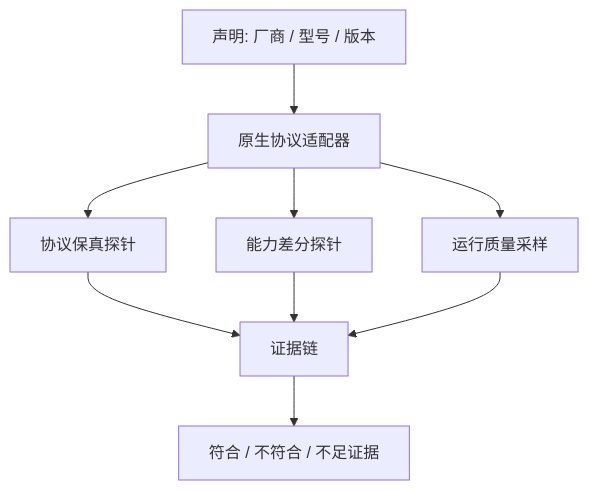
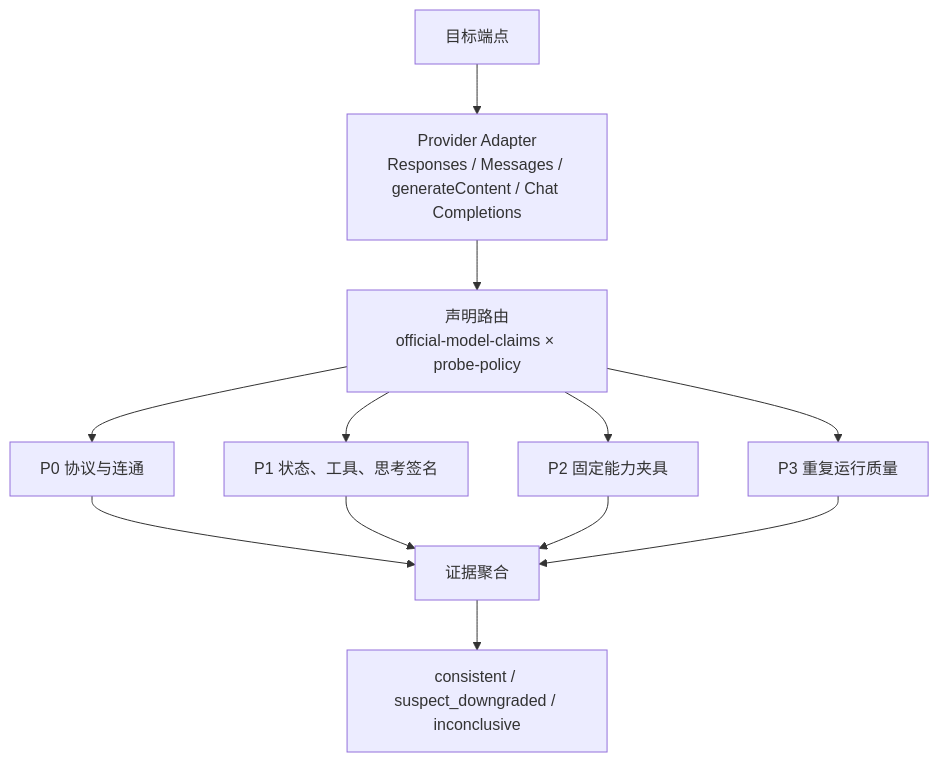
Before and after one commit to som1ng/API-QuickCheck: the first of 2 diagrams in src/content/docs/02-algorithms/overview.md, drawn with Mermaid. The commit also changed other lines of this file and 45 other files, not shown here.

````diff
--- a/src/content/docs/02-algorithms/overview.md
+++ b/src/content/docs/02-algorithms/overview.md
@@ -21,11 +20,14 @@
 ```mermaid
 graph TD
-  A[声明: 厂商 / 型号 / 版本] --> B[原生协议适配器]
-  B --> C[协议保真探针]
-  B --> D[能力差分探针]
-  B --> E[运行质量采样]
-  C --> F[证据链]
-  D --> F
-  E --> F
-  F --> G[符合 / 不符合 / 不足证据]
+  A["目标端点"] --> B["Provider Adapter<br/>Responses / Messages / generateContent / Chat Completions"]
+  B --> C["声明路由<br/>official-model-claims × probe-policy"]
+  C --> D["P0 协议与连通"]
+  C --> E["P1 状态、工具、思考签名"]
+  C --> F["P2 固定能力夹具"]
+  C --> G["P3 重复运行质量"]
+  D --> H["证据聚合"]
+  E --> H
+  F --> H
+  G --> H
+  H --> I["consistent / suspect_downgraded / inconclusive"]
 ```
````
